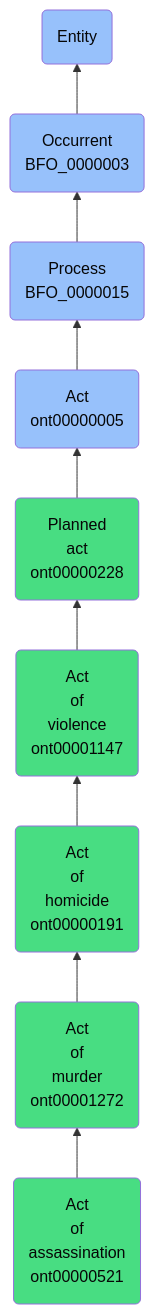
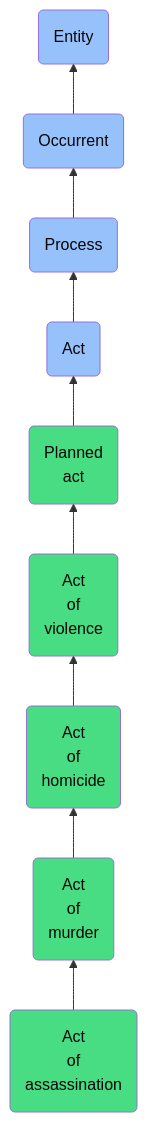
One commit to jupyter-naas/abi changed the diagram in docs/ontology/reference/model/Entity/Occurrent/Process/Act/Planned act/Act of violence/Act of homicide/Act of murder/Act of assassination/Act of assassination.md. Above: the diagram before and after it, drawn with Mermaid. The commit also changed other lines of this file and 1430 other files, not shown here.

````diff
--- a/docs/ontology/reference/model/Entity/Occurrent/Process/Act/Planned act/Act of violence/Act of homicide/Act of murder/Act of assassination/Act of assassination.md
+++ b/docs/ontology/reference/model/Entity/Occurrent/Process/Act/Planned act/Act of violence/Act of homicide/Act of murder/Act of assassination/Act of assassination.md
@@ -24,16 +24,16 @@
 ```mermaid
 graph BT
-    ont00000521(Act<br>of<br>assassination<br>ont00000521):::ABI-->ont00001272
-    ont00001272(Act<br>of<br>murder<br>ont00001272):::ABI-->ont00000191
-    ont00000191(Act<br>of<br>homicide<br>ont00000191):::ABI-->ont00001147
-    ont00001147(Act<br>of<br>violence<br>ont00001147):::ABI-->ont00000228
-    ont00000228(Planned<br>act<br>ont00000228):::ABI-->ont00000005
-    ont00000005(Act<br>ont00000005):::BFO-->BFO_0000015
-    BFO_0000015(Process<br>BFO_0000015):::BFO-->BFO_0000003
-    BFO_0000003(Occurrent<br>BFO_0000003):::BFO-->BFO_0000001
+    ont00000521(Act<br>of<br>assassination):::ABI-->ont00001272
+    ont00001272(Act<br>of<br>murder):::ABI-->ont00000191
+    ont00000191(Act<br>of<br>homicide):::ABI-->ont00001147
+    ont00001147(Act<br>of<br>violence):::ABI-->ont00000228
+    ont00000228(Planned<br>act):::ABI-->ont00000005
+    ont00000005(Act):::BFO-->BFO_0000015
+    BFO_0000015(Process):::BFO-->BFO_0000003
+    BFO_0000003(Occurrent):::BFO-->BFO_0000001
     BFO_0000001(Entity):::BFO
     
     classDef BFO fill:#97c1fb,color:#060606
     classDef CCO fill:#e4c51e,color:#060606
     classDef ABI fill:#48DD82,color:#060606
 ```
````
